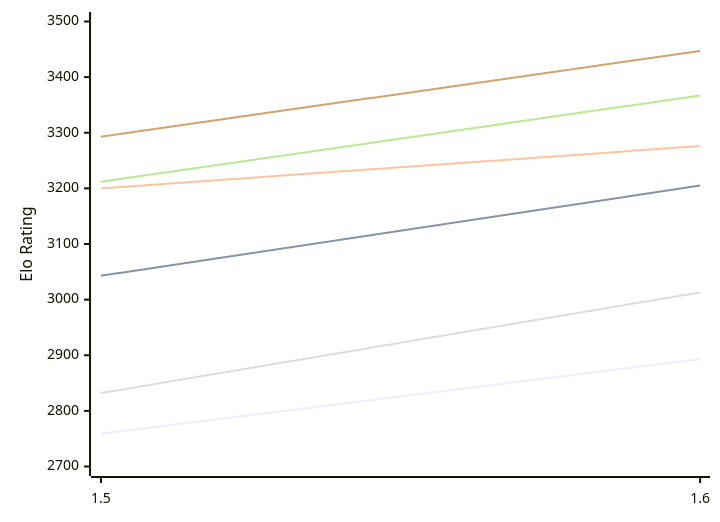
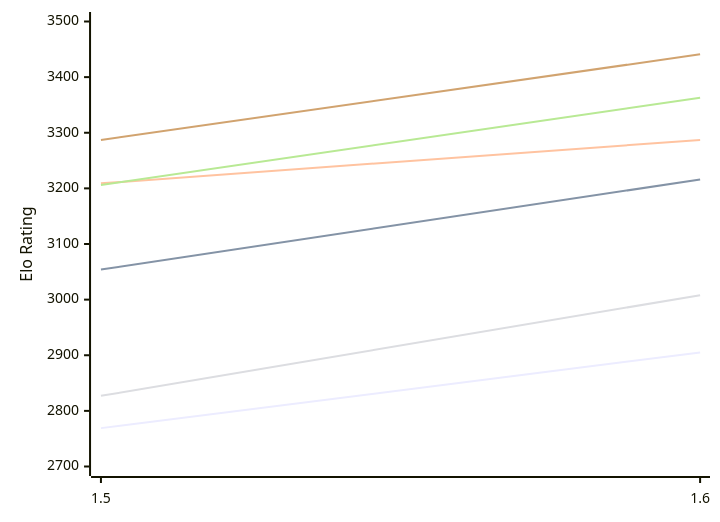
One commit to computer-chess-index/cci changed the first of 2 diagrams in engines/Yakka.md. Above: the diagram before and after it, drawn with Mermaid. The commit also changed other lines of this file, not shown here.

Commit message:
Update CCI Ratings (ELO VLTC) - 2026-11-06

````diff
--- a/engines/Yakka.md
+++ b/engines/Yakka.md
@@ -51,12 +51,12 @@
 ```mermaid
 %%{init: {"theme":"base","themeVariables":{"seriesColors:['#a3a3a3','#222221','#faa371']}}}%%
 xychart-beta
   x-axis ["1.5", "1.6"]
   y-axis "Elo Rating" 2700 --> 3500
-  line "E1: STC (8.0+0.08s)" [2759, 2893]
-  line "E1: LTC (60.0+0.60s)" [3043, 3205]
-  line "E1: VLTC (2m24s+1.12s)" [3200, 3276]
-  line "P1: STC (8.0+0.08s)" [2832, 3013]
-  line "P1: LTC (60.0+0.60s)" [3212, 3367]
-  line "P1: VLTC (2m24s+1.12s)" [3293, 3447]
+  line "E1: STC (8.0+0.08s)" [2769, 2905]
+  line "E1: LTC (60.0+0.60s)" [3054, 3216]
+  line "E1: VLTC (2m24s+1.12s)" [3209, 3287]
+  line "P1: STC (8.0+0.08s)" [2827, 3008]
+  line "P1: LTC (60.0+0.60s)" [3206, 3363]
+  line "P1: VLTC (2m24s+1.12s)" [3287, 3441]
 ```
````
